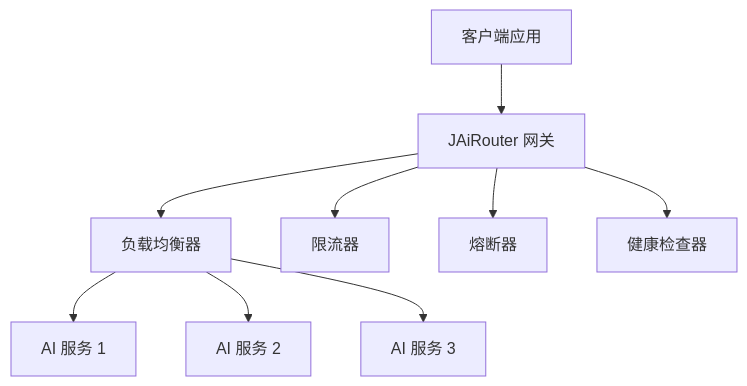
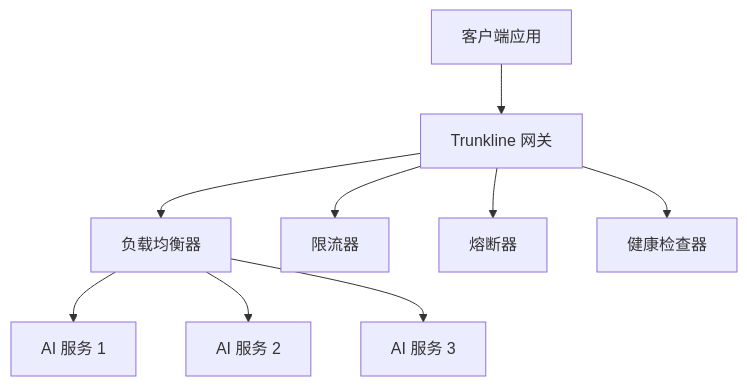
One commit to ethdeve/trunkline changed the diagram in docs/zh/getting-started/index.md. Above: the diagram before and after it, drawn with Mermaid. The commit also changed other lines of this file and 1160 other files, not shown here.

````diff
--- a/docs/zh/getting-started/index.md
+++ b/docs/zh/getting-started/index.md
@@ -43,12 +43,12 @@
 ```mermaid
 graph TB
-    Client[客户端应用] --> JAiRouter[JAiRouter 网关]
-    JAiRouter --> LB[负载均衡器]
+    Client[客户端应用] --> Trunkline[Trunkline 网关]
+    Trunkline --> LB[负载均衡器]
     LB --> Service1[AI 服务 1]
     LB --> Service2[AI 服务 2]
     LB --> Service3[AI 服务 3]
     
-    JAiRouter --> RL[限流器]
-    JAiRouter --> CB[熔断器]
-    JAiRouter --> HC[健康检查器]
+    Trunkline --> RL[限流器]
+    Trunkline --> CB[熔断器]
+    Trunkline --> HC[健康检查器]
 ```
````
